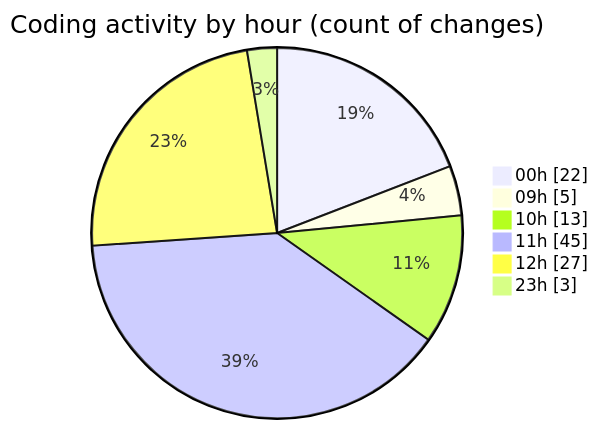
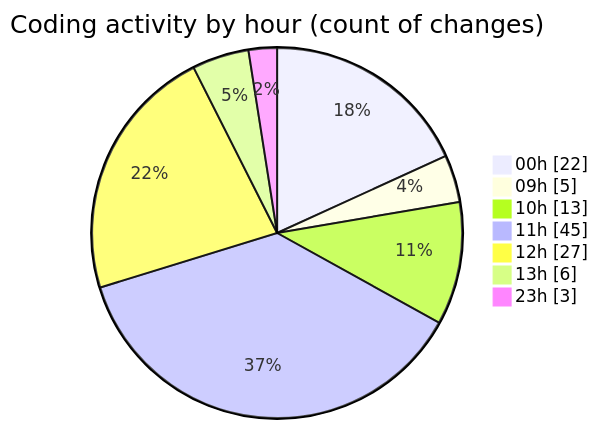
Before and after one commit to momahboobian/code-tracking: the second of 2 diagrams in 2026-04-10/cda/README.md, drawn with Mermaid. The commit also changed other lines of this file and 1 other file, not shown here.

````diff
--- a/2026-04-10/cda/README.md
+++ b/2026-04-10/cda/README.md
@@ -31,10 +32,11 @@
 ```mermaid
 pie showData
 title Coding activity by hour (count of changes)
 "00h" : 22
 "09h" : 5
 "10h" : 13
 "11h" : 45
 "12h" : 27
+"13h" : 6
 "23h" : 3
 ```
````
